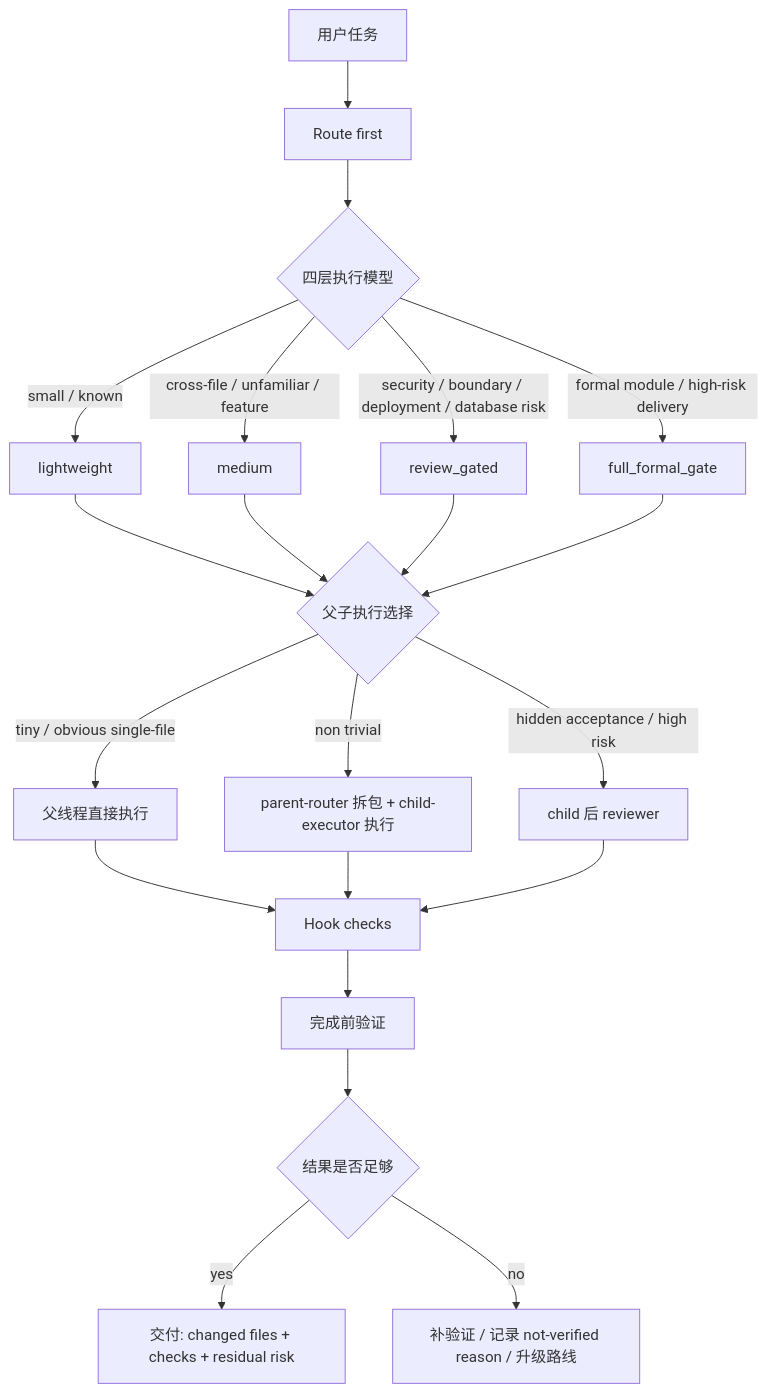
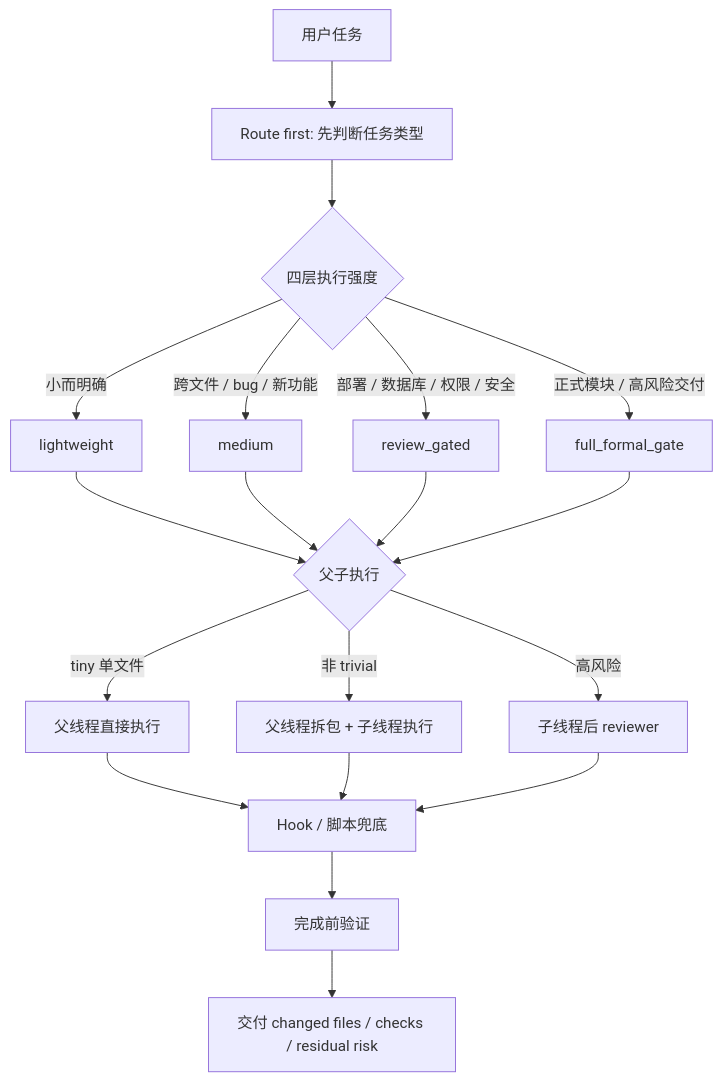
The diagram in README.md (politzcly-star/personal-workflow-harness-v2), drawn with Mermaid before and after one commit. The commit also changed other lines of this file, not shown here.

````diff
--- a/README.md
+++ b/README.md
@@ -28,27 +19,25 @@
 ```mermaid
 flowchart TD
-    A["用户任务"] --> B["Route first"]
-    B --> C{"四层执行模型"}
-    C -->|small / known| L["lightweight"]
-    C -->|cross-file / unfamiliar / feature| M["medium"]
-    C -->|security / boundary / deployment / database risk| R["review_gated"]
-    C -->|formal module / high-risk delivery| F["full_formal_gate"]
+    A["用户任务"] --> B["Route first: 先判断任务类型"]
+    B --> C{"四层执行强度"}
+    C -->|小而明确| L["lightweight"]
+    C -->|跨文件 / bug / 新功能| M["medium"]
+    C -->|部署 / 数据库 / 权限 / 安全| R["review_gated"]
+    C -->|正式模块 / 高风险交付| F["full_formal_gate"]
 
-    L --> P{"父子执行选择"}
+    L --> P{"父子执行"}
     M --> P
     R --> P
     F --> P
 
-    P -->|tiny / obvious single-file| P1["父线程直接执行"]
-    P -->|non trivial| P2["parent-router 拆包 + child-executor 执行"]
-    P -->|hidden acceptance / high risk| P3["child 后 reviewer"]
+    P -->|tiny 单文件| P1["父线程直接执行"]
+    P -->|非 trivial| P2["父线程拆包 + 子线程执行"]
+    P -->|高风险| P3["子线程后 reviewer"]
 
-    P1 --> H["Hook checks"]
+    P1 --> H["Hook / 脚本兜底"]
     P2 --> H
     P3 --> H
 
     H --> V["完成前验证"]
-    V --> S{"结果是否足够"}
-    S -->|yes| D["交付: changed files + checks + residual risk"]
-    S -->|no| E["补验证 / 记录 not-verified reason / 升级路线"]
+    V --> D["交付 changed files / checks / residual risk"]
 ```
````
